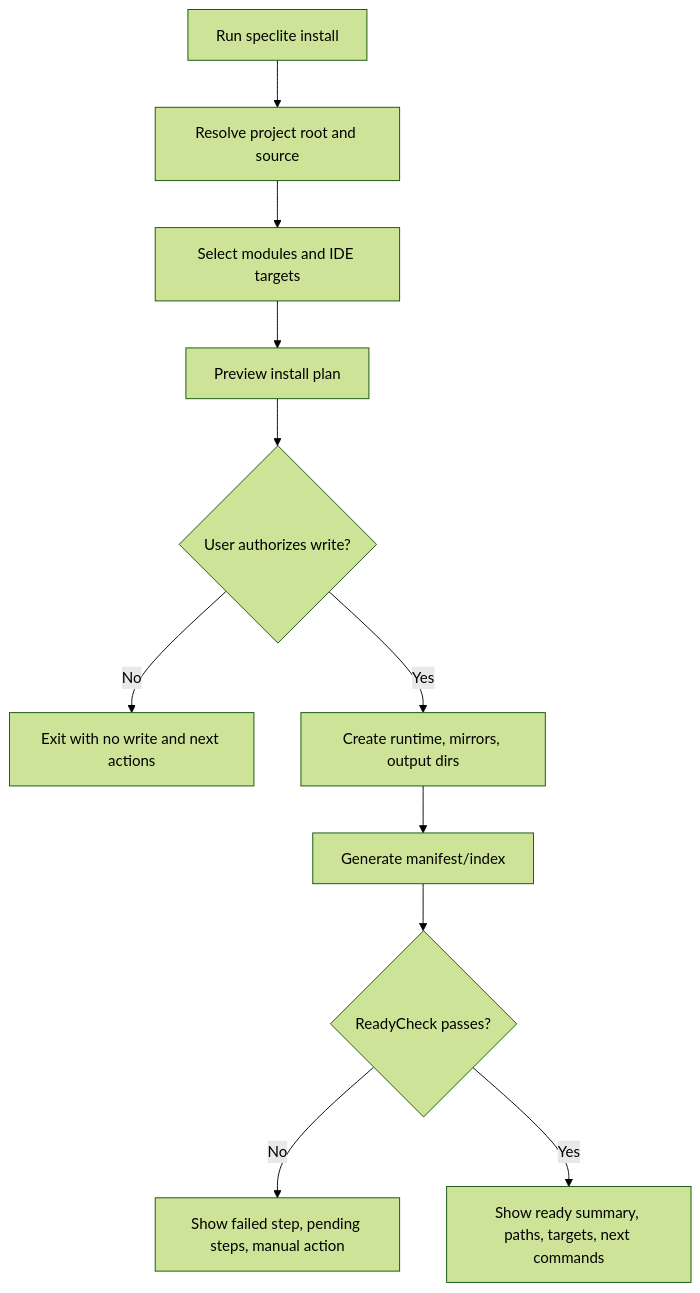
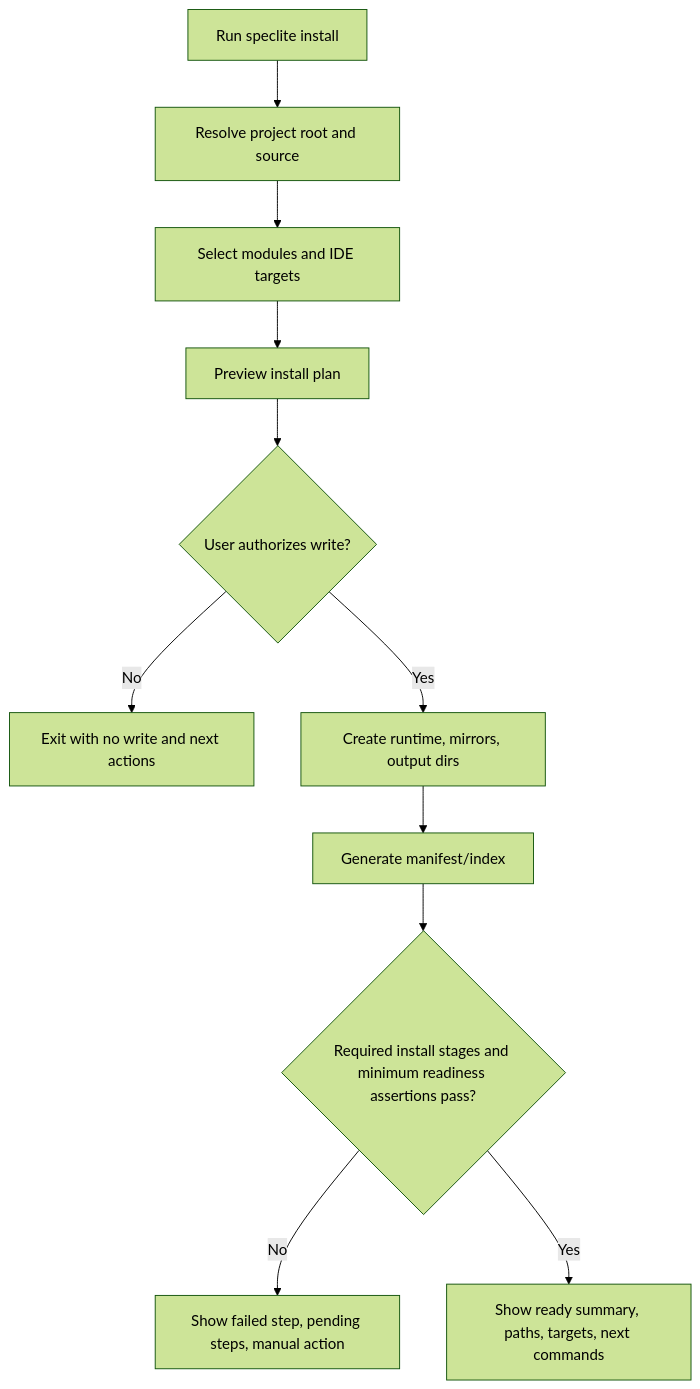
One commit to flanliulf/SpecLite changed the first of 4 diagrams in _bmad-output/planning-artifacts/ux-design-specification.md. Above: the diagram before and after it, drawn with Mermaid (forest theme). The commit also changed other lines of this file and 37 other files, not shown here.

````diff
--- a/_bmad-output/planning-artifacts/ux-design-specification.md
+++ b/_bmad-output/planning-artifacts/ux-design-specification.md
@@ -529,13 +562,13 @@
 ```mermaid
 flowchart TD
   A["Run speclite install"] --> B["Resolve project root and source"]
   B --> C["Select modules and IDE targets"]
   C --> D["Preview install plan"]
   D --> E{"User authorizes write?"}
   E -- "No" --> F["Exit with no write and next actions"]
   E -- "Yes" --> G["Create runtime, mirrors, output dirs"]
   G --> H["Generate manifest/index"]
-  H --> I{"ReadyCheck passes?"}
+  H --> I{"Required install stages and minimum readiness assertions pass?"}
   I -- "No" --> J["Show failed step, pending steps, manual action"]
   I -- "Yes" --> K["Show ready summary, paths, targets, next commands"]
 ```
````
